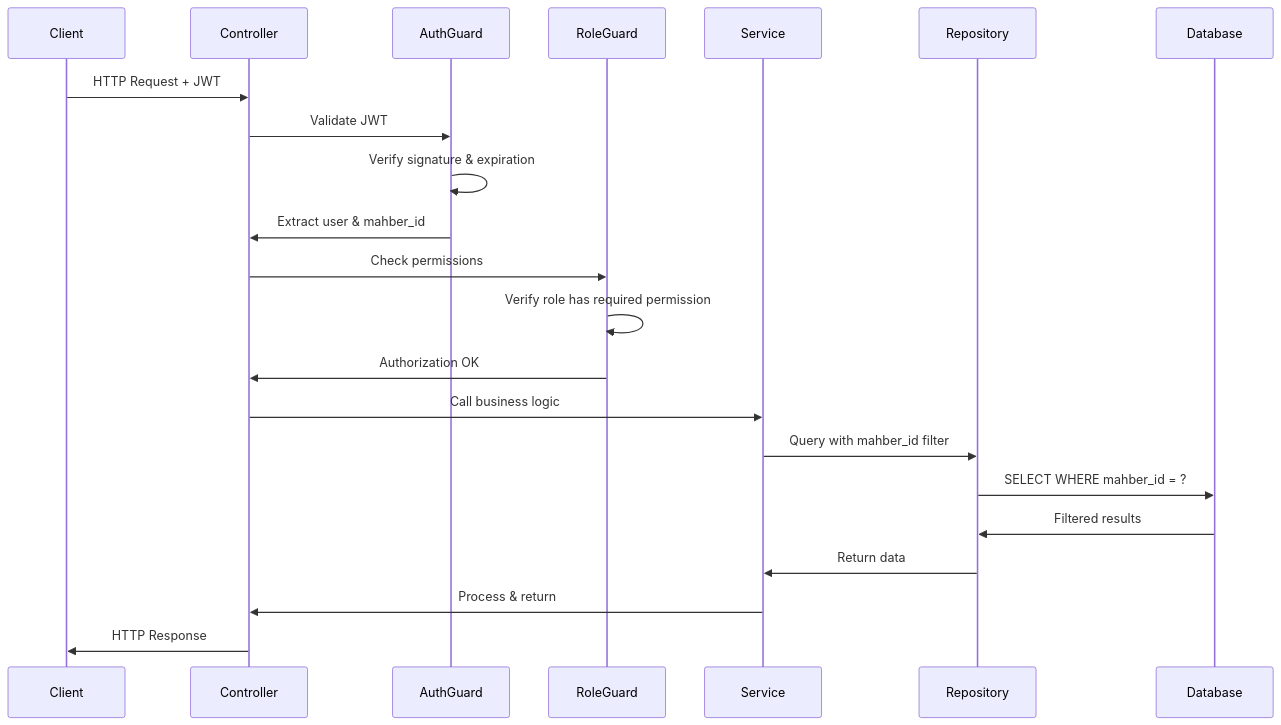
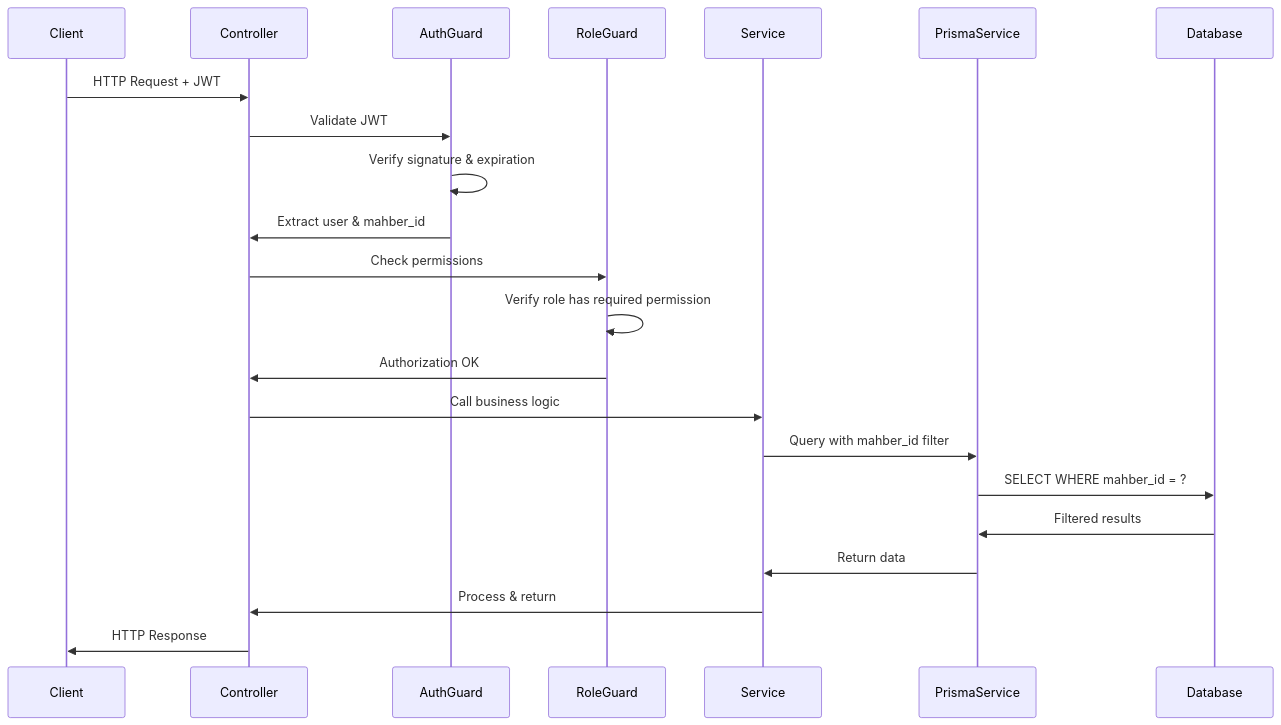
The second of 5 diagrams in .kiro/specs/mahber-connect-backend/design.md (tebaarekshemsu/Mahber-connect-backend), drawn with Mermaid before and after one commit. The commit also changed other lines of this file and 3 other files, not shown here.

````diff
--- a/.kiro/specs/mahber-connect-backend/design.md
+++ b/.kiro/specs/mahber-connect-backend/design.md
@@ -101,25 +101,25 @@
 ```mermaid
 sequenceDiagram
     participant Client
     participant Controller
     participant AuthGuard
     participant RoleGuard
     participant Service
-    participant Repository
+    participant PrismaService
     participant Database
 
     Client->>Controller: HTTP Request + JWT
     Controller->>AuthGuard: Validate JWT
     AuthGuard->>AuthGuard: Verify signature & expiration
     AuthGuard->>Controller: Extract user & mahber_id
     Controller->>RoleGuard: Check permissions
     RoleGuard->>RoleGuard: Verify role has required permission
     RoleGuard->>Controller: Authorization OK
     Controller->>Service: Call business logic
-    Service->>Repository: Query with mahber_id filter
-    Repository->>Database: SELECT WHERE mahber_id = ?
-    Database->>Repository: Filtered results
-    Repository->>Service: Return data
+    Service->>PrismaService: Query with mahber_id filter
+    PrismaService->>Database: SELECT WHERE mahber_id = ?
+    Database->>PrismaService: Filtered results
+    PrismaService->>Service: Return data
     Service->>Controller: Process & return
     Controller->>Client: HTTP Response
 ```
````
